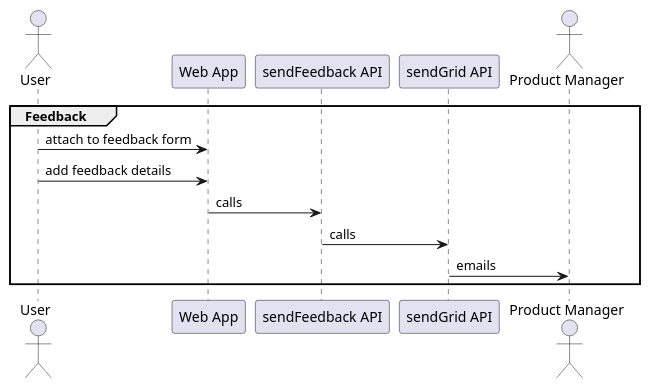
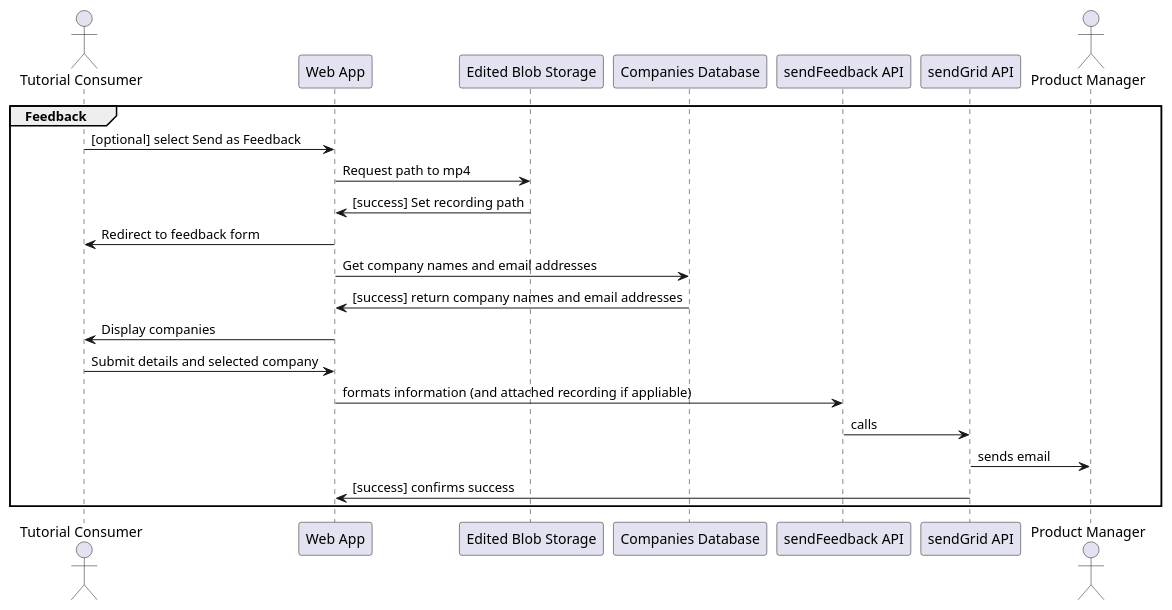
The diagram in examples/feedback.puml (jennifer-platt/ECM2429-UML), drawn with PlantUML before and after one commit. The commit also changed 4 other files, not shown here.

Commit message:
Updated diagrams

```diff
--- a/examples/feedback.puml
+++ b/examples/feedback.puml
@@ -1,14 +1,21 @@
 @startuml system-flow_enter-test-result-code
 
-Actor User
+Actor "Tutorial Consumer"
 
 group Feedback
-User -> "Web App": attach to feedback form
-User -> "Web App": add feedback details
-"Web App" -> "sendFeedback API": calls
+"Tutorial Consumer" -> "Web App": [optional] select Send as Feedback
+"Web App" -> "Edited Blob Storage": Request path to mp4
+"Web App" <- "Edited Blob Storage": [success] Set recording path
+"Tutorial Consumer" <- "Web App": Redirect to feedback form
+"Web App" -> "Companies Database": Get company names and email addresses
+"Web App" <- "Companies Database": [success] return company names and email addresses
+"Tutorial Consumer" <- "Web App": Display companies
+"Tutorial Consumer" -> "Web App": Submit details and selected company
+"Web App" -> "sendFeedback API": formats information (and attached recording if appliable)
 "sendFeedback API" ->  "sendGrid API": calls
 Actor "Product Manager"
-"sendGrid API" -> "Product Manager": emails
+"sendGrid API" -> "Product Manager": sends email
+"sendGrid API" -> "Web App": [success] confirms success
 end
 
 @enduml
```
